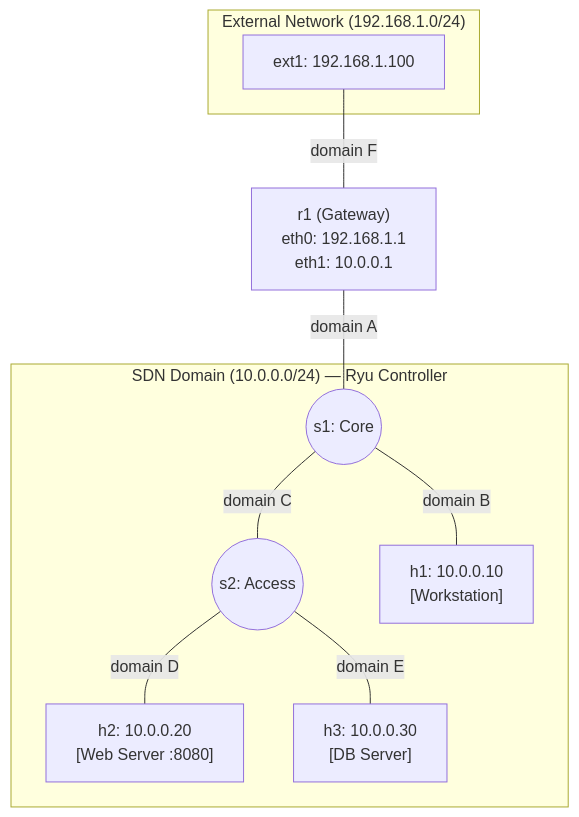
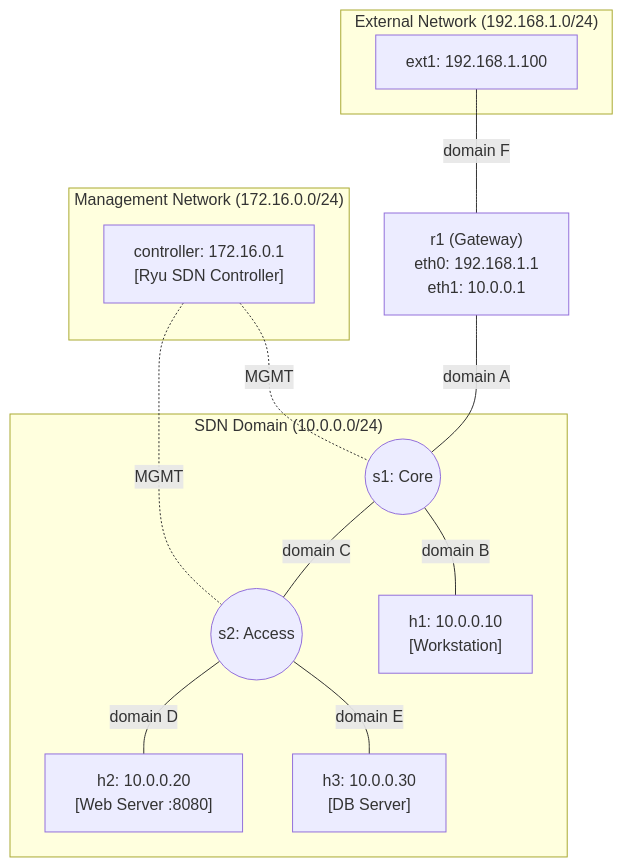
Before and after one commit to Mellgood/asdn26: the diagram in MODULE_2_SDN/lab18-exam-playground/README.md, drawn with Mermaid. The commit also changed other lines of this file and 5 other files, not shown here.

First line of the commit message:
lab18: move Ryu controller inside Kathara with dedicated management network

````diff
--- a/MODULE_2_SDN/lab18-exam-playground/README.md
+++ b/MODULE_2_SDN/lab18-exam-playground/README.md
@@ -33,23 +36,29 @@
 ```mermaid
 graph TD
+    subgraph MGMT["Management Network (172.16.0.0/24)"]
+        ctrl["controller: 172.16.0.1<br/>[Ryu SDN Controller]"]
+    end
+
     subgraph External["External Network (192.168.1.0/24)"]
         ext1["ext1: 192.168.1.100"]
     end
 
     r1["r1 (Gateway)<br/>eth0: 192.168.1.1<br/>eth1: 10.0.0.1"]
 
-    subgraph SDN["SDN Domain (10.0.0.0/24) — Ryu Controller"]
+    subgraph SDN["SDN Domain (10.0.0.0/24)"]
         s1((s1: Core))
         s2((s2: Access))
         h1["h1: 10.0.0.10<br/>[Workstation]"]
         h2["h2: 10.0.0.20<br/>[Web Server :8080]"]
         h3["h3: 10.0.0.30<br/>[DB Server]"]
     end
 
+    ctrl -.-|"MGMT"| s1
+    ctrl -.-|"MGMT"| s2
     ext1 ---|"domain F"| r1
     r1 ---|"domain A"| s1
     s1 ---|"domain B"| h1
     s1 ---|"domain C"| s2
     s2 ---|"domain D"| h2
     s2 ---|"domain E"| h3
 ```
````
